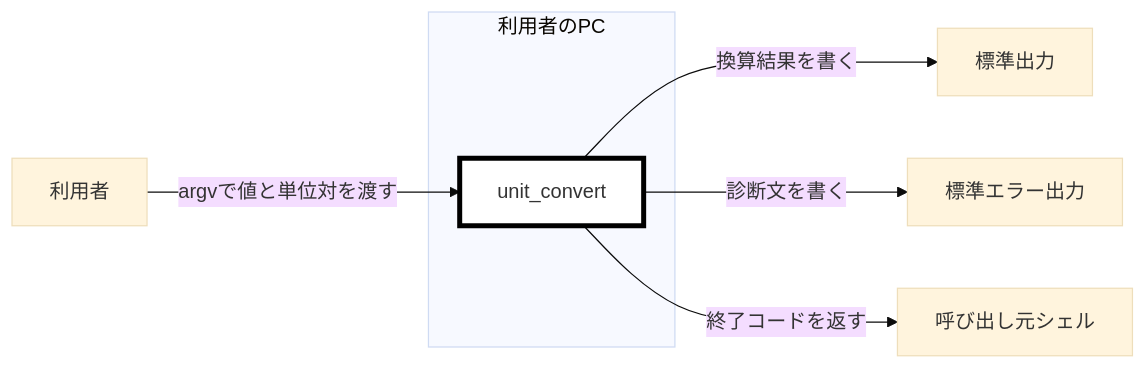
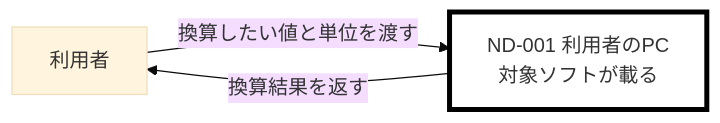
The second of 3 diagrams in maintenance/2026-08-08/00-spec-template-draft.md (GoodRelax/gr-sw-maker), drawn with Mermaid (base theme) before and after one commit. The commit also changed other lines of this file, not shown here.

````diff
--- a/maintenance/2026-08-08/00-spec-template-draft.md
+++ b/maintenance/2026-08-08/00-spec-template-draft.md
@@ -126,12 +166,7 @@
 ```mermaid
 flowchart LR
-    Human["利用者"] -->|"argvで値と単位対を渡す"| CLI
-    subgraph PC["利用者のPC"]
-        CLI["unit_convert"]:::target
-    end
-    CLI -->|"換算結果を書く"| Stdout["標準出力"]
-    CLI -->|"診断文を書く"| Stderr["標準エラー出力"]
-    CLI -->|"終了コードを返す"| Shell["呼び出し元シェル"]
+    Operator["利用者"] -->|"換算したい値と単位を渡す"| Machine
+    Machine["ND-001 利用者のPC<br/>対象ソフトが載る"]:::target -->|"換算結果を返す"| Operator
 
     classDef target fill:#FFFFFF,stroke:#000,stroke-width:4px
 ```
````
